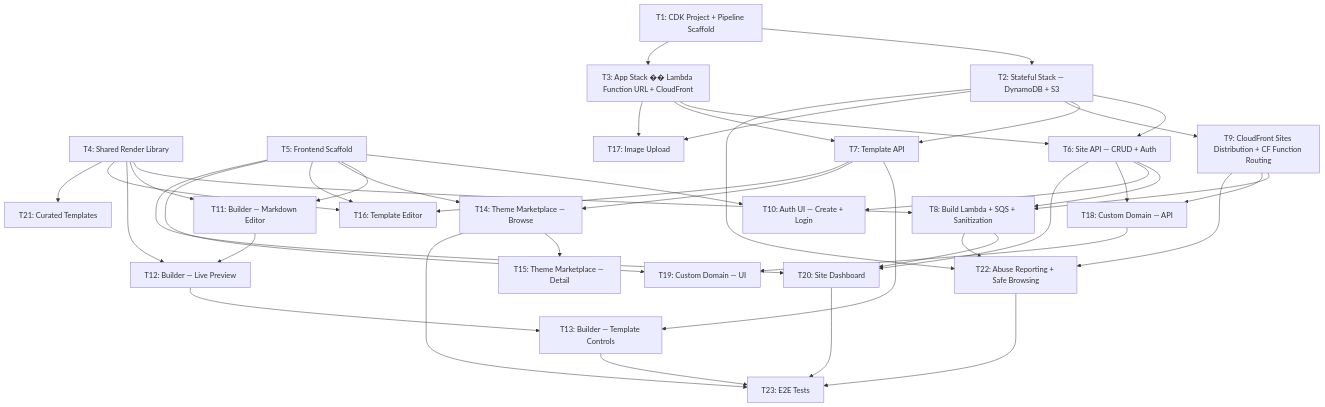
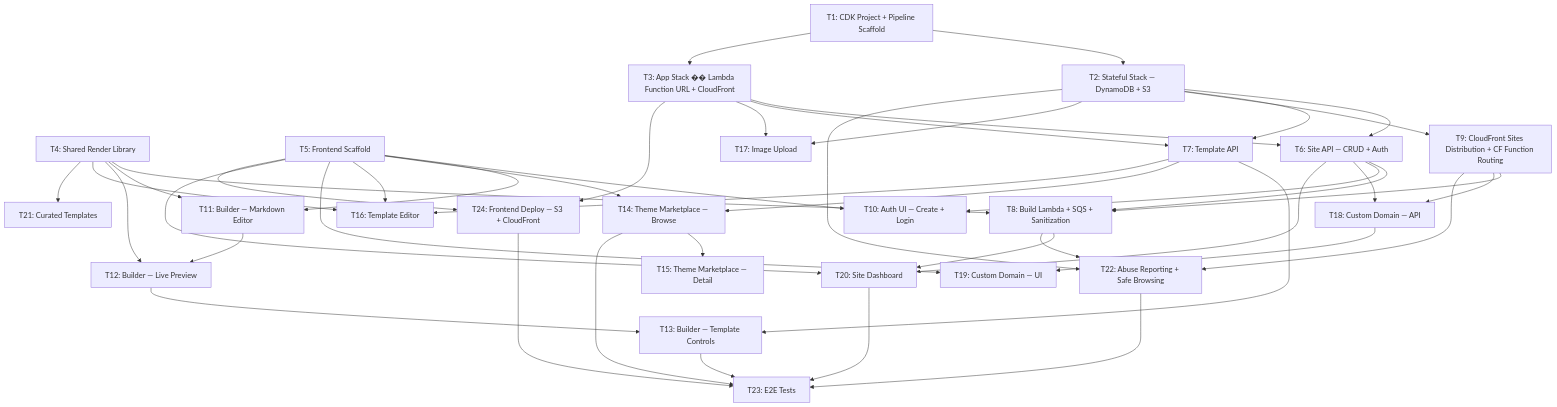
The diagram in docs/PLAN.md (eric-minassian/site), drawn with Mermaid before and after one commit. The commit also changed other lines of this file, not shown here.

First line of the commit message:
docs: add T24 frontend deploy task to plan

````diff
--- a/docs/PLAN.md
+++ b/docs/PLAN.md
@@ -27,6 +27,7 @@
     T21[T21: Curated Templates]
     T22[T22: Abuse Reporting + Safe Browsing]
     T23[T23: E2E Tests]
+    T24[T24: Frontend Deploy — S3 + CloudFront]
 
     T1 --> T2
     T1 --> T3
@@ -77,8 +78,12 @@
     T2 --> T22
     T9 --> T22
 
+    T3 --> T24
+    T5 --> T24
+
     T20 --> T23
     T13 --> T23
     T14 --> T23
     T22 --> T23
+    T24 --> T23
 ```
````
